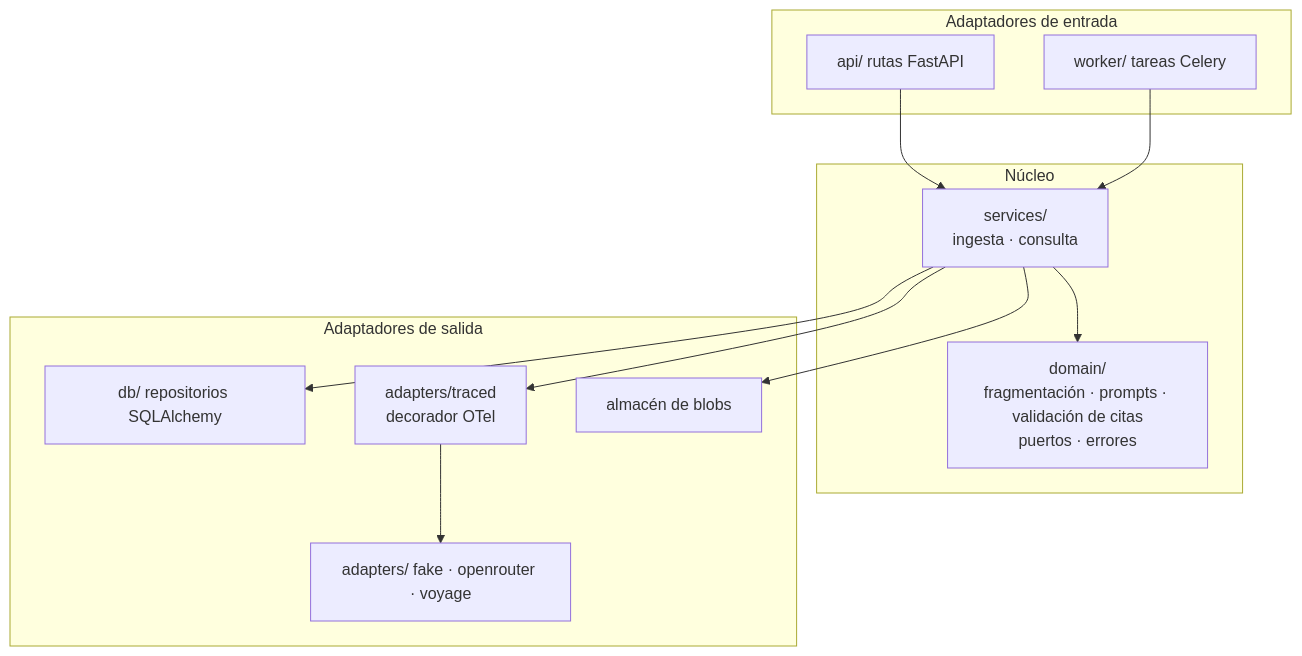
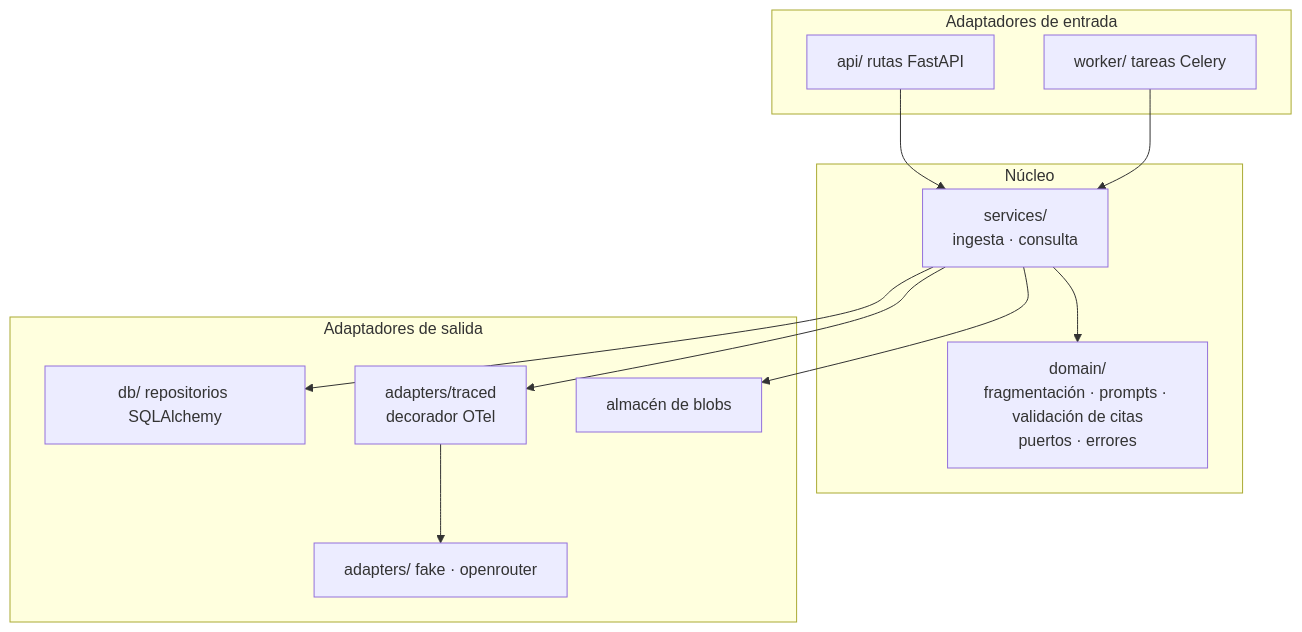
One commit to alayoalex/NorteLegalRAG changed the second of 6 diagrams in docs/architecture.md. Above: the diagram before and after it, drawn with Mermaid. The commit also changed other lines of this file and 44 other files, not shown here.

````diff
--- a/docs/architecture.md
+++ b/docs/architecture.md
@@ -31,23 +31,23 @@
 ```mermaid
 flowchart TB
     subgraph entrada [Adaptadores de entrada]
         routes[api/ rutas FastAPI]
         tasks[worker/ tareas Celery]
     end
     subgraph nucleo [Núcleo]
         services[services/<br/>ingesta · consulta]
         domain[domain/<br/>fragmentación · prompts · validación de citas<br/>puertos · errores]
     end
     subgraph salida [Adaptadores de salida]
         repo[db/ repositorios SQLAlchemy]
-        prov[adapters/ fake · openrouter · voyage]
+        prov[adapters/ fake · openrouter]
         traced[adapters/traced<br/>decorador OTel]
         store[almacén de blobs]
     end
     routes --> services
     tasks --> services
     services --> domain
     services --> repo
     services --> traced --> prov
     services --> store
 ```
````
